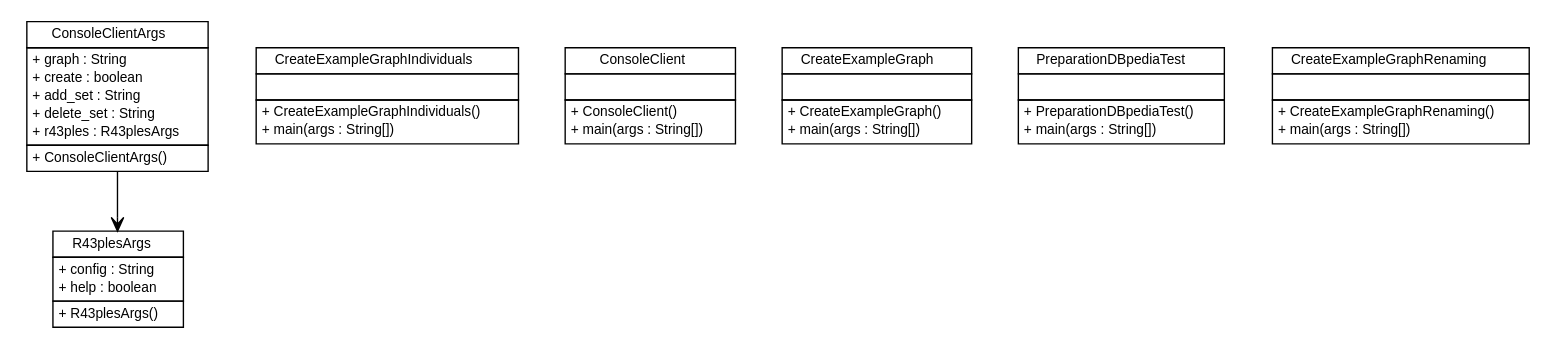
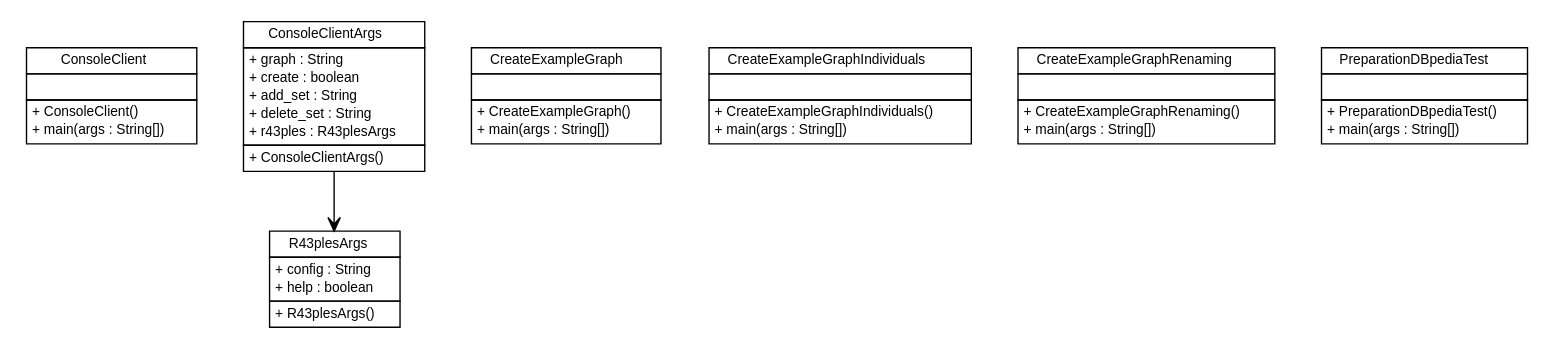
One commit to markusgraube/r43ples changed the diagram in site/apidocs/de/tud/plt/r43ples/client/de.tud.plt.r43ples.client.dot. Above: the diagram before and after it, drawn with Graphviz. The commit also changed 241 other files, not shown here.

```diff
--- a/site/apidocs/de/tud/plt/r43ples/client/de.tud.plt.r43ples.client.dot
+++ b/site/apidocs/de/tud/plt/r43ples/client/de.tud.plt.r43ples.client.dot
@@ -1,108 +1,108 @@
 #!/usr/local/bin/dot
 #
 # Class diagram 
 # Generated by UMLGraph version R5_6-24-gf6e263 (http://www.umlgraph.org/)
 #
 
 digraph G {
 	edge [fontname="Helvetica",fontsize=10,labelfontname="Helvetica",labelfontsize=10];
 	node [fontname="Helvetica",fontsize=10,shape=plaintext];
 	nodesep=0.25;
 	ranksep=0.5;
+	// de.tud.plt.r43ples.client.ConsoleClient
+	c273 [label=<<table title="de.tud.plt.r43ples.client.ConsoleClient" border="0" cellborder="1" cellspacing="0" cellpadding="2" port="p" href="./ConsoleClient.html">
+		<tr><td><table border="0" cellspacing="0" cellpadding="1">
+<tr><td align="center" balign="center"> ConsoleClient </td></tr>
+		</table></td></tr>
+		<tr><td><table border="0" cellspacing="0" cellpadding="1">
+<tr><td align="left" balign="left">  </td></tr>
+		</table></td></tr>
+		<tr><td><table border="0" cellspacing="0" cellpadding="1">
+<tr><td align="left" balign="left"> + ConsoleClient() </td></tr>
+<tr><td align="left" balign="left"> + main(args : String[]) </td></tr>
+		</table></td></tr>
+		</table>>, URL="./ConsoleClient.html", fontname="Helvetica", fontcolor="black", fontsize=10.0];
 	// de.tud.plt.r43ples.client.ConsoleClientArgs
-	c273 [label=<<table title="de.tud.plt.r43ples.client.ConsoleClientArgs" border="0" cellborder="1" cellspacing="0" cellpadding="2" port="p" href="./ConsoleClientArgs.html">
+	c274 [label=<<table title="de.tud.plt.r43ples.client.ConsoleClientArgs" border="0" cellborder="1" cellspacing="0" cellpadding="2" port="p" href="./ConsoleClientArgs.html">
 		<tr><td><table border="0" cellspacing="0" cellpadding="1">
 <tr><td align="center" balign="center"> ConsoleClientArgs </td></tr>
 		</table></td></tr>
 		<tr><td><table border="0" cellspacing="0" cellpadding="1">
 <tr><td align="left" balign="left"> + graph : String </td></tr>
 <tr><td align="left" balign="left"> + create : boolean </td></tr>
 <tr><td align="left" balign="left"> + add_set : String </td></tr>
 <tr><td align="left" balign="left"> + delete_set : String </td></tr>
 <tr><td align="left" balign="left"> + r43ples : R43plesArgs </td></tr>
 		</table></td></tr>
 		<tr><td><table border="0" cellspacing="0" cellpadding="1">
 <tr><td align="left" balign="left"> + ConsoleClientArgs() </td></tr>
 		</table></td></tr>
 		</table>>, URL="./ConsoleClientArgs.html", fontname="Helvetica", fontcolor="black", fontsize=10.0];
+	// de.tud.plt.r43ples.client.CreateExampleGraph
+	c275 [label=<<table title="de.tud.plt.r43ples.client.CreateExampleGraph" border="0" cellborder="1" cellspacing="0" cellpadding="2" port="p" href="./CreateExampleGraph.html">
+		<tr><td><table border="0" cellspacing="0" cellpadding="1">
+<tr><td align="center" balign="center"> CreateExampleGraph </td></tr>
+		</table></td></tr>
+		<tr><td><table border="0" cellspacing="0" cellpadding="1">
+<tr><td align="left" balign="left">  </td></tr>
+		</table></td></tr>
+		<tr><td><table border="0" cellspacing="0" cellpadding="1">
+<tr><td align="left" balign="left"> + CreateExampleGraph() </td></tr>
+<tr><td align="left" balign="left"> + main(args : String[]) </td></tr>
+		</table></td></tr>
+		</table>>, URL="./CreateExampleGraph.html", fontname="Helvetica", fontcolor="black", fontsize=10.0];
 	// de.tud.plt.r43ples.client.CreateExampleGraphIndividuals
-	c274 [label=<<table title="de.tud.plt.r43ples.client.CreateExampleGraphIndividuals" border="0" cellborder="1" cellspacing="0" cellpadding="2" port="p" href="./CreateExampleGraphIndividuals.html">
+	c276 [label=<<table title="de.tud.plt.r43ples.client.CreateExampleGraphIndividuals" border="0" cellborder="1" cellspacing="0" cellpadding="2" port="p" href="./CreateExampleGraphIndividuals.html">
 		<tr><td><table border="0" cellspacing="0" cellpadding="1">
 <tr><td align="center" balign="center"> CreateExampleGraphIndividuals </td></tr>
 		</table></td></tr>
 		<tr><td><table border="0" cellspacing="0" cellpadding="1">
 <tr><td align="left" balign="left">  </td></tr>
 		</table></td></tr>
 		<tr><td><table border="0" cellspacing="0" cellpadding="1">
 <tr><td align="left" balign="left"> + CreateExampleGraphIndividuals() </td></tr>
 <tr><td align="left" balign="left"> + main(args : String[]) </td></tr>
 		</table></td></tr>
 		</table>>, URL="./CreateExampleGraphIndividuals.html", fontname="Helvetica", fontcolor="black", fontsize=10.0];
-	// de.tud.plt.r43ples.client.ConsoleClient
-	c275 [label=<<table title="de.tud.plt.r43ples.client.ConsoleClient" border="0" cellborder="1" cellspacing="0" cellpadding="2" port="p" href="./ConsoleClient.html">
+	// de.tud.plt.r43ples.client.CreateExampleGraphRenaming
+	c277 [label=<<table title="de.tud.plt.r43ples.client.CreateExampleGraphRenaming" border="0" cellborder="1" cellspacing="0" cellpadding="2" port="p" href="./CreateExampleGraphRenaming.html">
 		<tr><td><table border="0" cellspacing="0" cellpadding="1">
-<tr><td align="center" balign="center"> ConsoleClient </td></tr>
+<tr><td align="center" balign="center"> CreateExampleGraphRenaming </td></tr>
 		</table></td></tr>
 		<tr><td><table border="0" cellspacing="0" cellpadding="1">
 <tr><td align="left" balign="left">  </td></tr>
 		</table></td></tr>
 		<tr><td><table border="0" cellspacing="0" cellpadding="1">
-<tr><td align="left" balign="left"> + ConsoleClient() </td></tr>
+<tr><td align="left" balign="left"> + CreateExampleGraphRenaming() </td></tr>
 <tr><td align="left" balign="left"> + main(args : String[]) </td></tr>
 		</table></td></tr>
-		</table>>, URL="./ConsoleClient.html", fontname="Helvetica", fontcolor="black", fontsize=10.0];
-	// de.tud.plt.r43ples.client.R43plesArgs
-	c276 [label=<<table title="de.tud.plt.r43ples.client.R43plesArgs" border="0" cellborder="1" cellspacing="0" cellpadding="2" port="p" href="./R43plesArgs.html">
-		<tr><td><table border="0" cellspacing="0" cellpadding="1">
-<tr><td align="center" balign="center"> R43plesArgs </td></tr>
-		</table></td></tr>
-		<tr><td><table border="0" cellspacing="0" cellpadding="1">
-<tr><td align="left" balign="left"> + config : String </td></tr>
-<tr><td align="left" balign="left"> + help : boolean </td></tr>
-		</table></td></tr>
-		<tr><td><table border="0" cellspacing="0" cellpadding="1">
-<tr><td align="left" balign="left"> + R43plesArgs() </td></tr>
-		</table></td></tr>
-		</table>>, URL="./R43plesArgs.html", fontname="Helvetica", fontcolor="black", fontsize=10.0];
-	// de.tud.plt.r43ples.client.CreateExampleGraph
-	c277 [label=<<table title="de.tud.plt.r43ples.client.CreateExampleGraph" border="0" cellborder="1" cellspacing="0" cellpadding="2" port="p" href="./CreateExampleGraph.html">
-		<tr><td><table border="0" cellspacing="0" cellpadding="1">
-<tr><td align="center" balign="center"> CreateExampleGraph </td></tr>
-		</table></td></tr>
-		<tr><td><table border="0" cellspacing="0" cellpadding="1">
-<tr><td align="left" balign="left">  </td></tr>
-		</table></td></tr>
-		<tr><td><table border="0" cellspacing="0" cellpadding="1">
-<tr><td align="left" balign="left"> + CreateExampleGraph() </td></tr>
-<tr><td align="left" balign="left"> + main(args : String[]) </td></tr>
-		</table></td></tr>
-		</table>>, URL="./CreateExampleGraph.html", fontname="Helvetica", fontcolor="black", fontsize=10.0];
+		</table>>, URL="./CreateExampleGraphRenaming.html", fontname="Helvetica", fontcolor="black", fontsize=10.0];
 	// de.tud.plt.r43ples.client.PreparationDBpediaTest
 	c278 [label=<<table title="de.tud.plt.r43ples.client.PreparationDBpediaTest" border="0" cellborder="1" cellspacing="0" cellpadding="2" port="p" href="./PreparationDBpediaTest.html">
 		<tr><td><table border="0" cellspacing="0" cellpadding="1">
 <tr><td align="center" balign="center"> PreparationDBpediaTest </td></tr>
 		</table></td></tr>
 		<tr><td><table border="0" cellspacing="0" cellpadding="1">
 <tr><td align="left" balign="left">  </td></tr>
 		</table></td></tr>
 		<tr><td><table border="0" cellspacing="0" cellpadding="1">
 <tr><td align="left" balign="left"> + PreparationDBpediaTest() </td></tr>
 <tr><td align="left" balign="left"> + main(args : String[]) </td></tr>
 		</table></td></tr>
 		</table>>, URL="./PreparationDBpediaTest.html", fontname="Helvetica", fontcolor="black", fontsize=10.0];
-	// de.tud.plt.r43ples.client.CreateExampleGraphRenaming
-	c279 [label=<<table title="de.tud.plt.r43ples.client.CreateExampleGraphRenaming" border="0" cellborder="1" cellspacing="0" cellpadding="2" port="p" href="./CreateExampleGraphRenaming.html">
+	// de.tud.plt.r43ples.client.R43plesArgs
+	c279 [label=<<table title="de.tud.plt.r43ples.client.R43plesArgs" border="0" cellborder="1" cellspacing="0" cellpadding="2" port="p" href="./R43plesArgs.html">
 		<tr><td><table border="0" cellspacing="0" cellpadding="1">
-<tr><td align="center" balign="center"> CreateExampleGraphRenaming </td></tr>
+<tr><td align="center" balign="center"> R43plesArgs </td></tr>
 		</table></td></tr>
 		<tr><td><table border="0" cellspacing="0" cellpadding="1">
-<tr><td align="left" balign="left">  </td></tr>
+<tr><td align="left" balign="left"> + config : String </td></tr>
+<tr><td align="left" balign="left"> + help : boolean </td></tr>
 		</table></td></tr>
 		<tr><td><table border="0" cellspacing="0" cellpadding="1">
-<tr><td align="left" balign="left"> + CreateExampleGraphRenaming() </td></tr>
-<tr><td align="left" balign="left"> + main(args : String[]) </td></tr>
+<tr><td align="left" balign="left"> + R43plesArgs() </td></tr>
 		</table></td></tr>
-		</table>>, URL="./CreateExampleGraphRenaming.html", fontname="Helvetica", fontcolor="black", fontsize=10.0];
+		</table>>, URL="./R43plesArgs.html", fontname="Helvetica", fontcolor="black", fontsize=10.0];
 	// de.tud.plt.r43ples.client.ConsoleClientArgs NAVASSOC de.tud.plt.r43ples.client.R43plesArgs
-	c273:p -> c276:p [taillabel="", label="", headlabel="", fontname="Helvetica", fontcolor="black", fontsize=10.0, color="black", arrowhead=open];
+	c274:p -> c279:p [taillabel="", label="", headlabel="", fontname="Helvetica", fontcolor="black", fontsize=10.0, color="black", arrowhead=open];
 }
```
